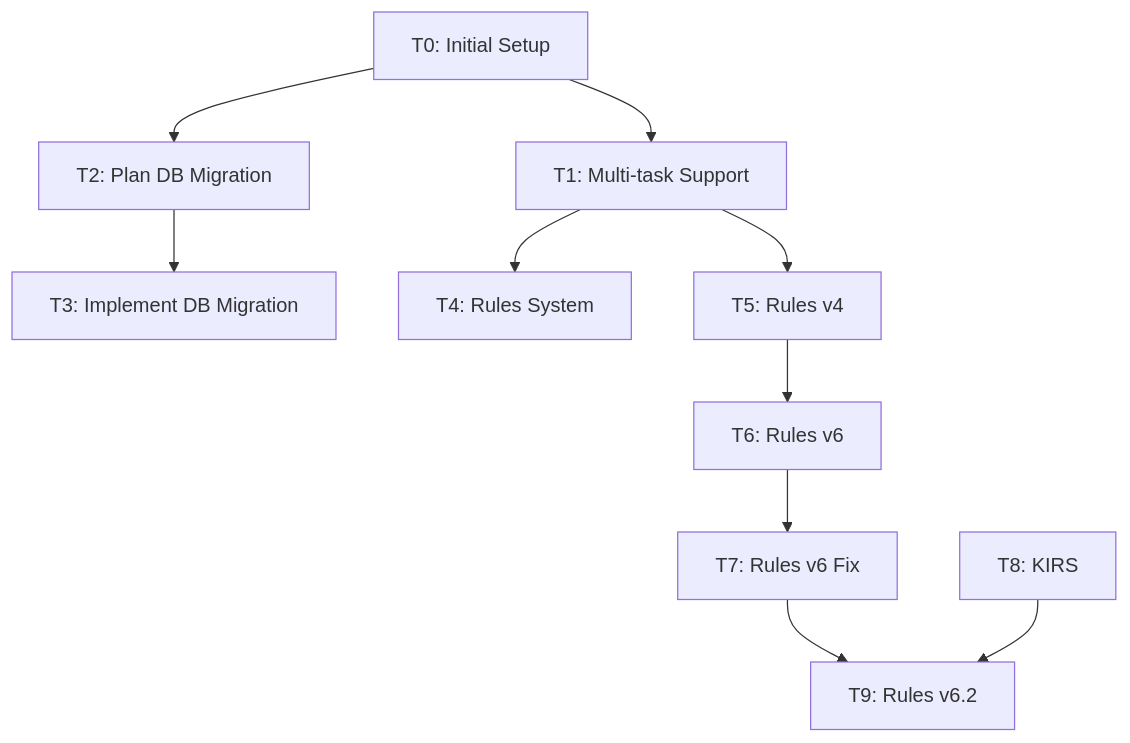
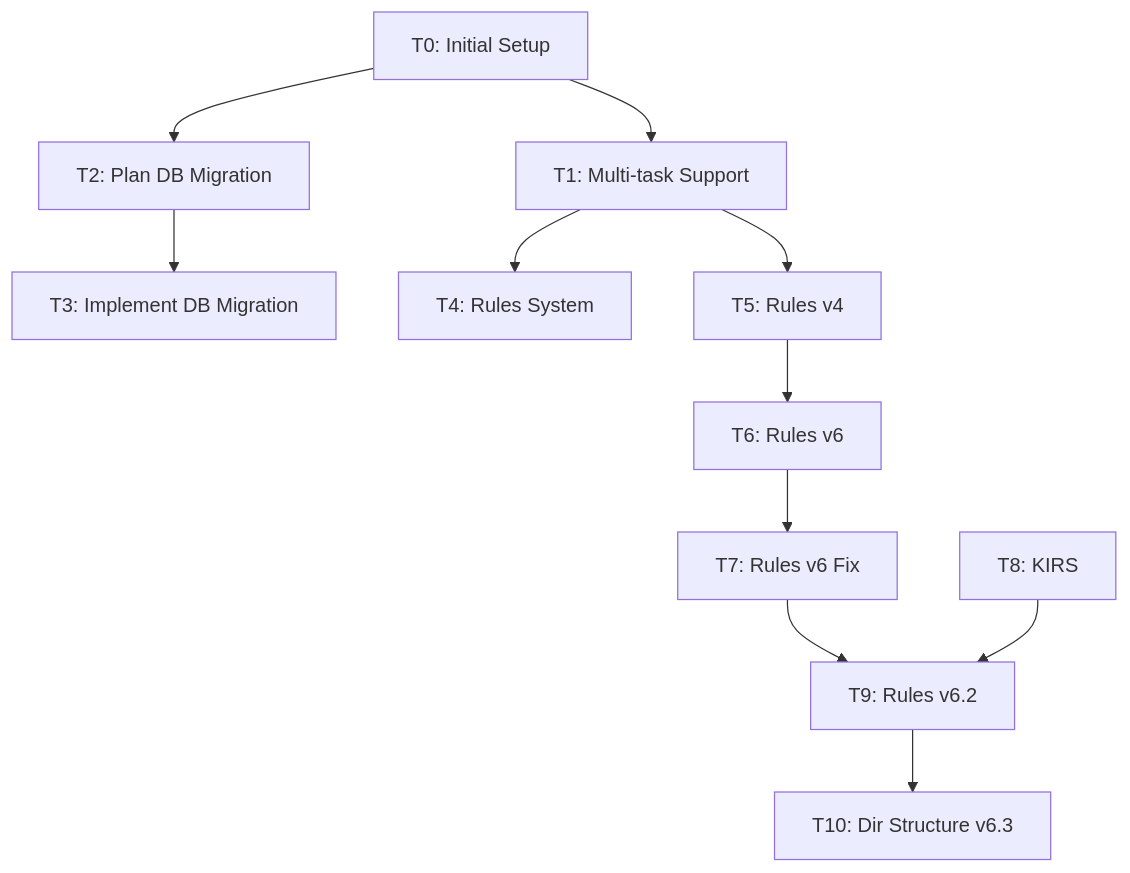
The diagram in memory-bank/tasks.md (space-cadet/memory-bank), drawn with Mermaid before and after one commit. The commit also changed other lines of this file and 4 other files, not shown here.

````diff
--- a/memory-bank/tasks.md
+++ b/memory-bank/tasks.md
@@ -32,23 +34,25 @@
 ```mermaid
 graph TD
     T0[T0: Initial Setup]
     T1[T1: Multi-task Support]
     T2[T2: Plan DB Migration]
     T3[T3: Implement DB Migration]
     T4[T4: Rules System]
     T5[T5: Rules v4]
     T6[T6: Rules v6]
     T7[T7: Rules v6 Fix]
     T8[T8: KIRS]
     T9[T9: Rules v6.2]
+    T10[T10: Dir Structure v6.3]
 
     T0 --> T1
     T0 --> T2
     T2 --> T3
     T1 --> T4
     T1 --> T5
     T5 --> T6
     T6 --> T7
     T7 --> T9
     T8 --> T9
+    T9 --> T10
 ```
````
